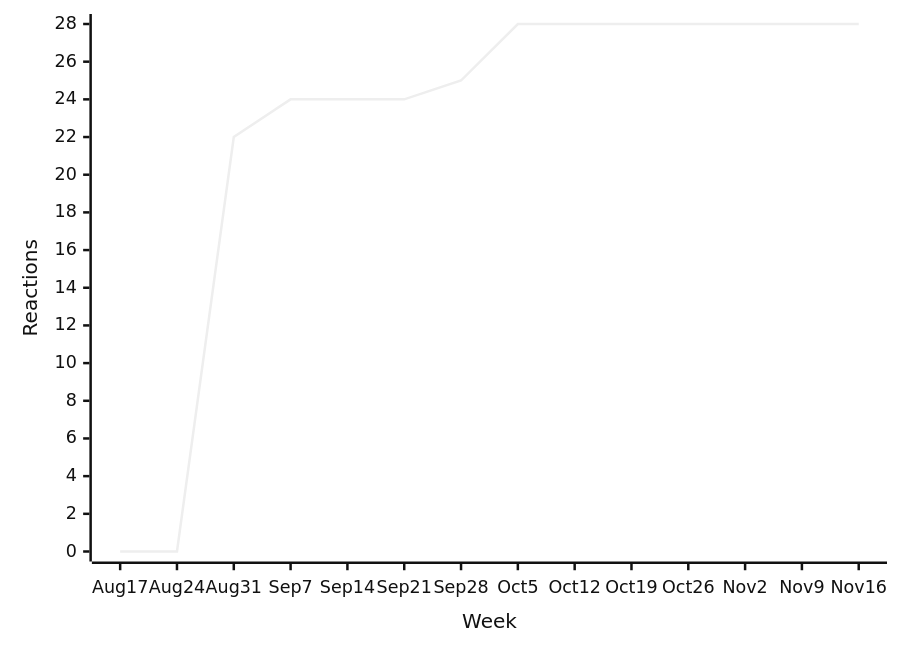
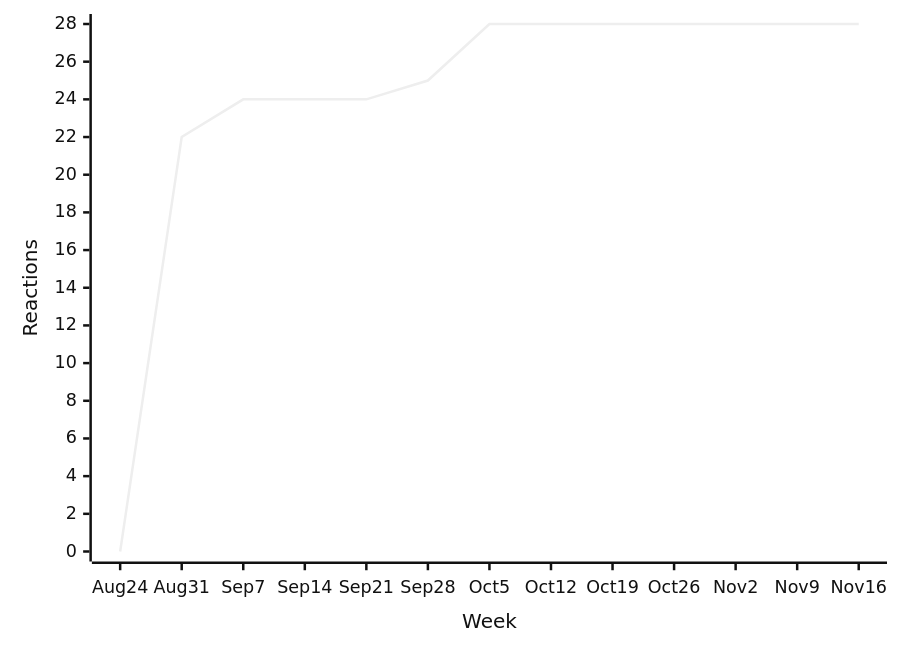
One commit to loic-sharma/github-insights changed the second of 31 diagrams in README.md. Above: the diagram before and after it, drawn with Mermaid (neutral theme). The commit also changed other lines of this file and 3 other files, not shown here.

````diff
--- a/README.md
+++ b/README.md
@@ -341,6 +341,6 @@
   ```mermaid
   xychart-beta
-    x-axis "Week" [Aug 17, Aug 24, Aug 31, Sep 7, Sep 14, Sep 21, Sep 28, Oct 5, Oct 12, Oct 19, Oct 26, Nov 2, Nov 9, Nov 16]
+    x-axis "Week" [Aug 24, Aug 31, Sep 7, Sep 14, Sep 21, Sep 28, Oct 5, Oct 12, Oct 19, Oct 26, Nov 2, Nov 9, Nov 16]
     y-axis "Reactions"
-    line [0, 0, 22, 24, 24, 24, 25, 28, 28, 28, 28, 28, 28, 28]
+    line [0, 22, 24, 24, 24, 25, 28, 28, 28, 28, 28, 28, 28]
   ```
````
